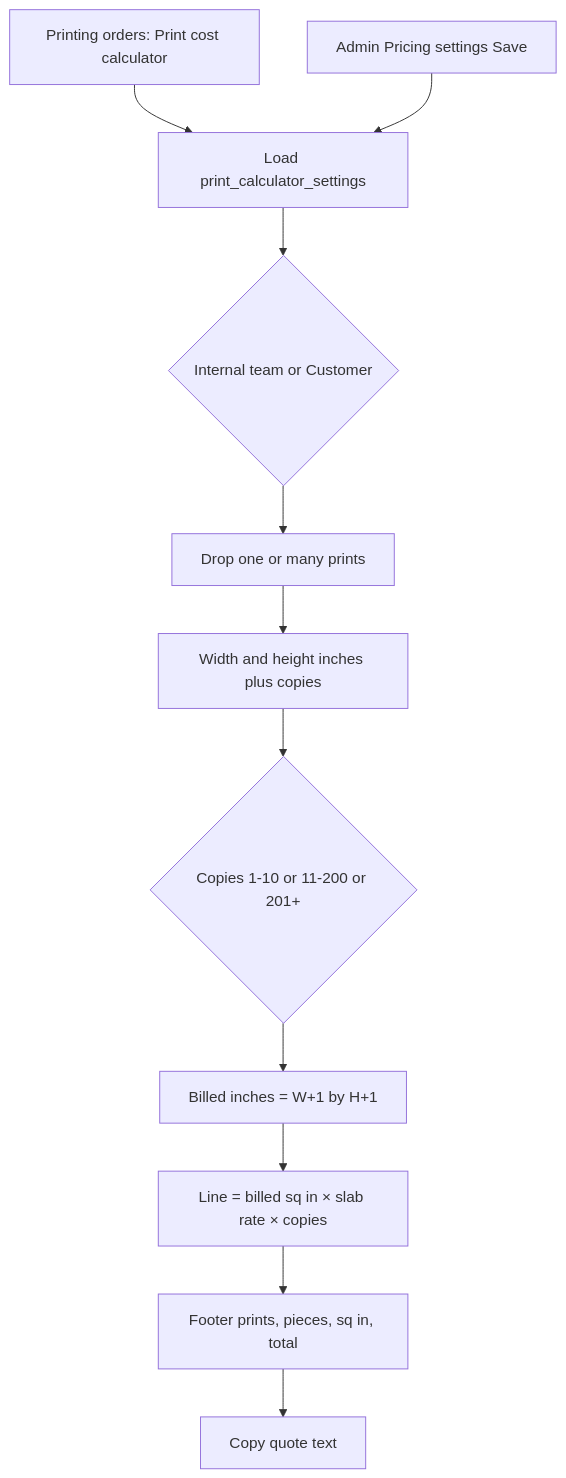
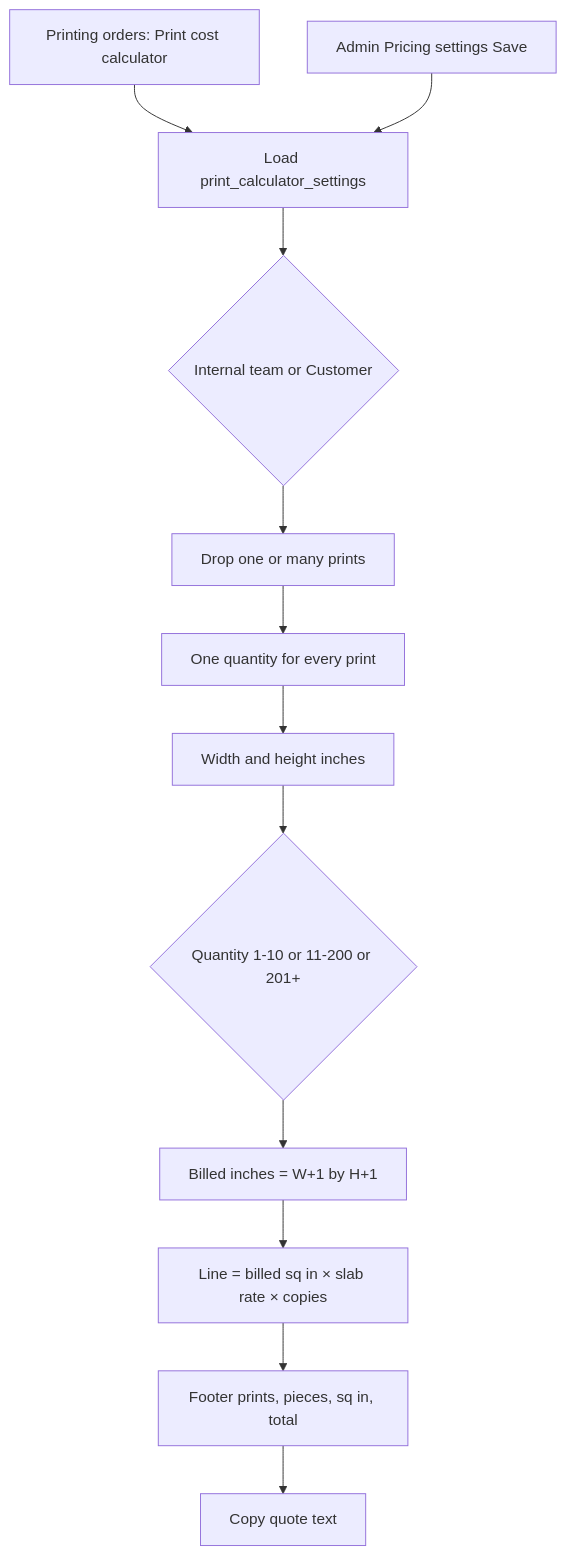
Before and after one commit to Mayur8291/Printing-Tracker: the first of 52 diagrams in docs/FLOWCHARTS.md, drawn with Mermaid. The commit also changed 6 other files, not shown here.

First line of the commit message:
fix(print): scroll the calculator and use one quantity

````diff
--- a/docs/FLOWCHARTS.md
+++ b/docs/FLOWCHARTS.md
@@ -5,13 +5,14 @@
 ```mermaid
 flowchart TD
   Open[Printing orders: Print cost calculator] --> Rate[Load print_calculator_settings]
   Rate --> List{Internal team or Customer}
   List --> Upload[Drop one or many prints]
-  Upload --> Size[Width and height inches plus copies]
-  Size --> Slab{Copies 1-10 or 11-200 or 201+}
+  Upload --> Qty[One quantity for every print]
+  Qty --> Size[Width and height inches]
+  Size --> Slab{Quantity 1-10 or 11-200 or 201+}
   Slab --> Bleed["Billed inches = W+1 by H+1"]
   Bleed --> Line["Line = billed sq in × slab rate × copies"]
   Line --> Total[Footer prints, pieces, sq in, total]
   Total --> Copy[Copy quote text]
   Admin[Admin Pricing settings Save] --> Rate
 ```
````
